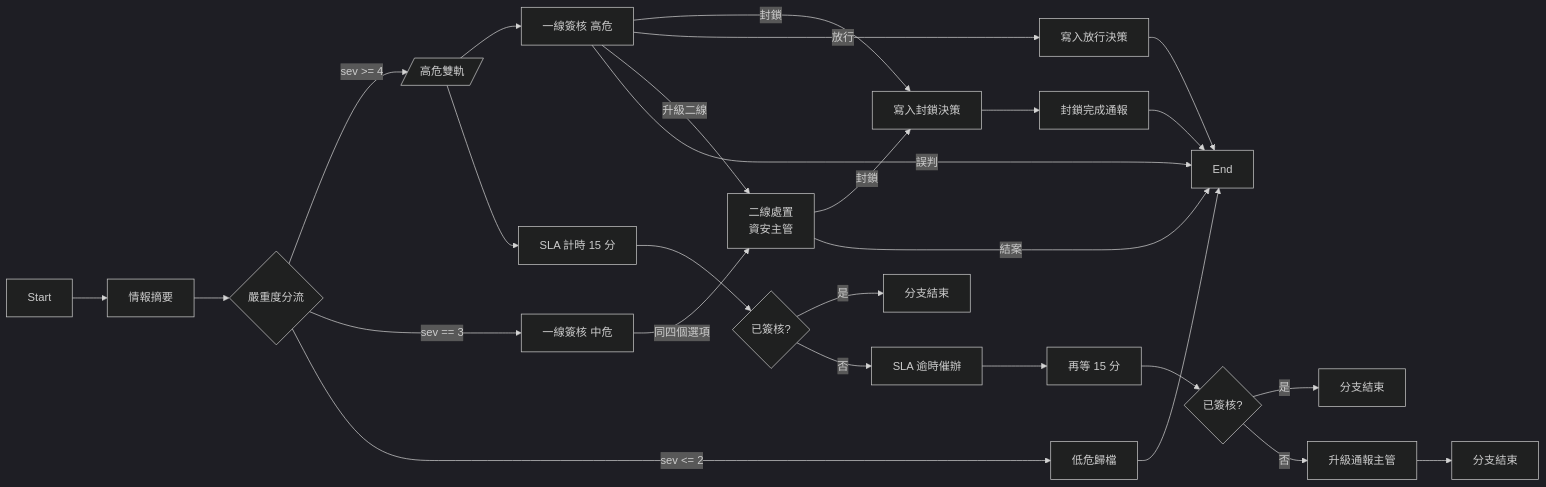
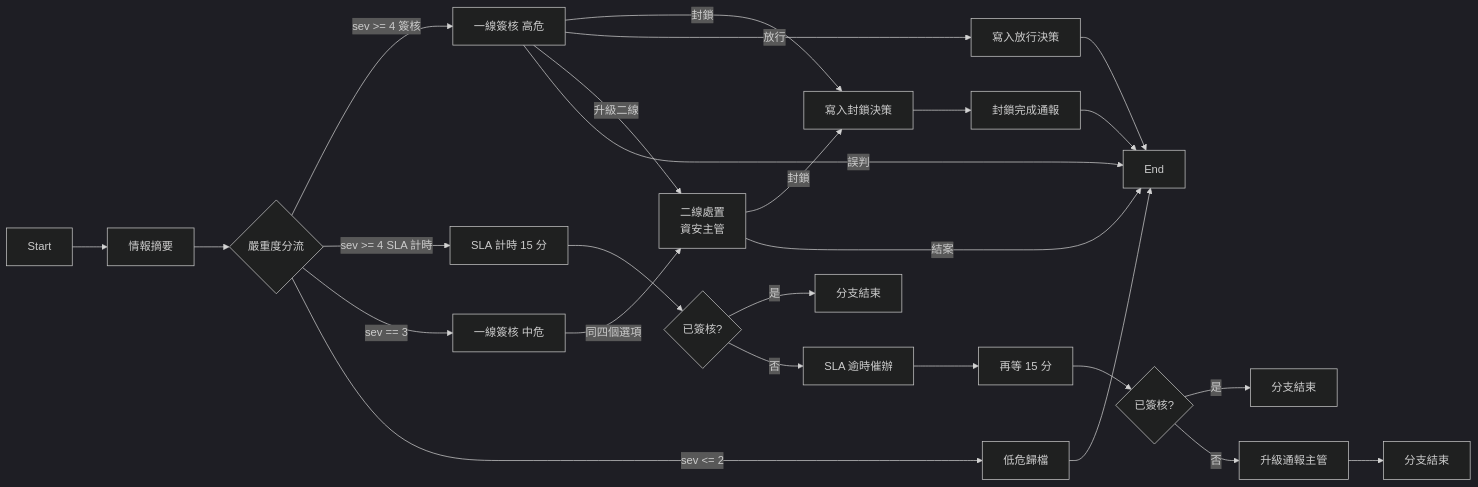
The second of 3 diagrams in docs/manual/05_security_ops/soc_planning/workflow_variants.md (ethan-beakmask/BeakPlatform), drawn with Mermaid (dark theme) before and after one commit. The commit also changed other lines of this file and 2 other files, not shown here.

````diff
--- a/docs/manual/05_security_ops/soc_planning/workflow_variants.md
+++ b/docs/manual/05_security_ops/soc_planning/workflow_variants.md
@@ -90,26 +90,24 @@
 ```mermaid
 flowchart LR
     S[Start] --> I[情報摘要]
     I --> B{嚴重度分流}
-    B -->|sev >= 4| F[/高危雙軌/]
+    B -->|sev >= 4 簽核| L1[一線簽核 高危]
+    B -->|sev >= 4 SLA 計時| D1[SLA 計時 15 分]
     B -->|sev == 3| M[一線簽核 中危]
     B -->|sev <= 2| A[低危歸檔] --> E[End]
-
-    F --> L1[一線簽核 高危]
-    F --> D1[SLA 計時 15 分]
 
     L1 -->|封鎖| BK[寫入封鎖決策] --> AB[封鎖完成通報] --> E
     L1 -->|放行| AL[寫入放行決策] --> E
     L1 -->|升級二線| L2[二線處置<br/>資安主管]
     L1 -->|誤判| E
     M -->|同四個選項| L2
 
     L2 -->|封鎖| BK
     L2 -->|結案| E
 
     D1 --> C1{已簽核?}
     C1 -->|是| N1[分支結束]
     C1 -->|否| W1[SLA 逾時催辦] --> D2[再等 15 分] --> C2{已簽核?}
     C2 -->|是| N2[分支結束]
     C2 -->|否| W2[升級通報主管] --> N3[分支結束]
 ```
````
